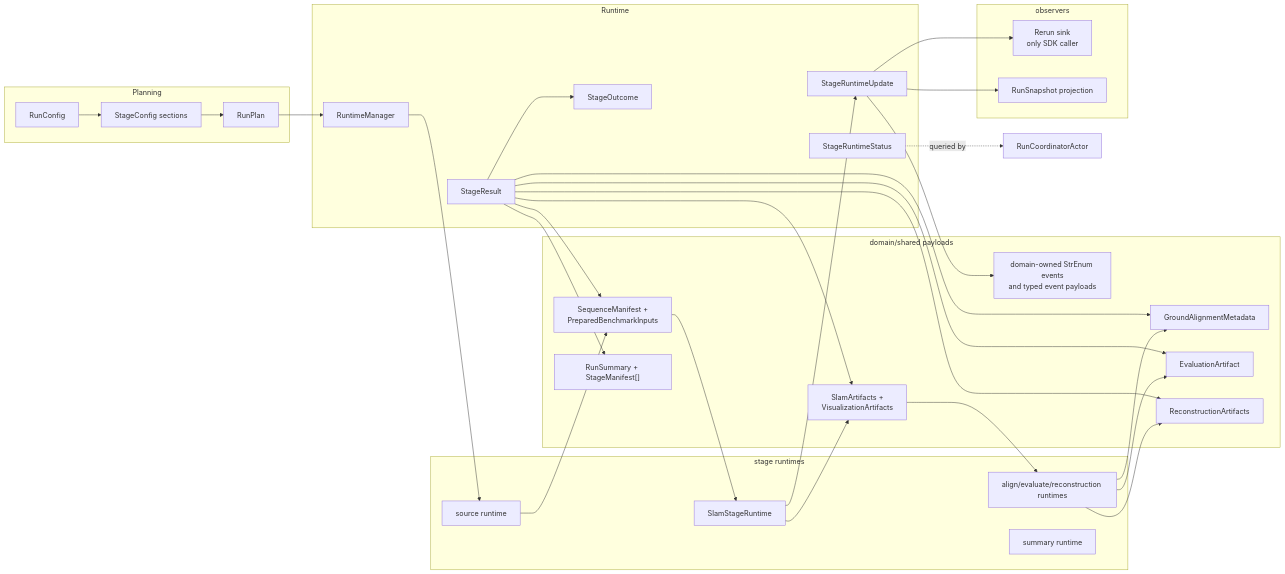
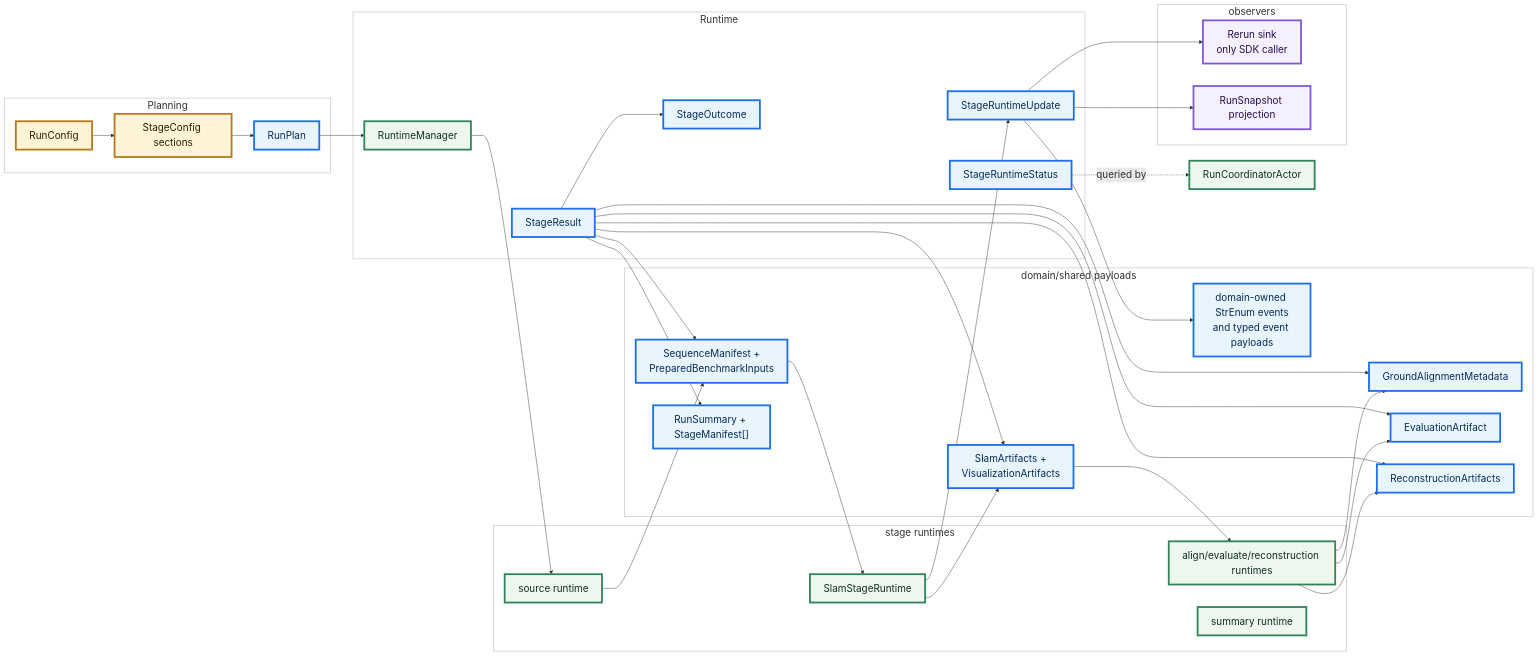
Diagram 11 of 17 in docs/architecture/pipeline-stage-refactor-target.md (JanDuchscherer104/prml-vslam), drawn with Mermaid before and after one commit. The commit also changed other lines of this file and 6 other files, not shown here.

````diff
--- a/docs/architecture/pipeline-stage-refactor-target.md
+++ b/docs/architecture/pipeline-stage-refactor-target.md
@@ -903,58 +960,74 @@
 ```mermaid
+%%{init: {"themeVariables": {"fontSize": "22px", "nodeTextColor": "#111827", "nodeBkg": "#ffffff", "nodeBorder": "#6b7280", "mainBkg": "transparent", "clusterBkg": "transparent", "clusterBorder": "#d1d5db"}, "flowchart": {"htmlLabels": true}}}%%
 flowchart LR
+    classDef config fill:#fff4d6,stroke:#b7791f,stroke-width:4px,color:#2d1b00,filter:none,font-size:22px
+    classDef dto fill:#e8f5ff,stroke:#1f6feb,stroke-width:4px,color:#062c57,filter:none,font-size:22px
+    classDef runtime fill:#edf7ed,stroke:#2f855a,stroke-width:4px,color:#0f2f1f,filter:none,font-size:22px
+    classDef observer fill:#f4f0ff,stroke:#805ad5,stroke-width:4px,color:#24124d,filter:none,font-size:22px
+
     subgraph Planning["Planning"]
         RunConfig["RunConfig"]
         StageConfigs["StageConfig sections"]
         RunPlan["RunPlan"]
     end
 
     subgraph Runtime["Runtime"]
         RuntimeManager["RuntimeManager"]
         Status["StageRuntimeStatus"]
         Result["StageResult"]
         Update["StageRuntimeUpdate"]
         Outcome["StageOutcome"]
     end
 
     subgraph Payloads["domain/shared payloads"]
         SourcePayload["SequenceManifest +<br/>PreparedBenchmarkInputs"]
         SlamPayload["SlamArtifacts +<br/>VisualizationArtifacts"]
         GroundPayload["GroundAlignmentMetadata"]
         EvalPayload["EvaluationArtifact"]
         ReconstructionPayload["ReconstructionArtifacts"]
         SummaryPayload["RunSummary + StageManifest[]"]
         DomainEvents["domain-owned StrEnum events<br/>and typed event payloads"]
     end
 
     subgraph StageRuntimes["stage runtimes"]
         SourceRuntime["source runtime"]
         SlamRuntime["SlamStageRuntime"]
         DerivedRuntime["align/evaluate/reconstruction runtimes"]
         SummaryRuntime["summary runtime"]
     end
 
     subgraph Sinks["observers"]
         RerunSink["Rerun sink<br/>only SDK caller"]
         Snapshot["RunSnapshot projection"]
     end
 
     RunConfig --> StageConfigs --> RunPlan --> RuntimeManager
     RuntimeManager --> SourceRuntime --> SourcePayload
     SourcePayload --> SlamRuntime --> SlamPayload
     SlamPayload --> DerivedRuntime
     DerivedRuntime --> GroundPayload
     DerivedRuntime --> EvalPayload
     DerivedRuntime --> ReconstructionPayload
     Result --> Outcome
     Result --> SourcePayload
     Result --> SlamPayload
     Result --> GroundPayload
     Result --> EvalPayload
     Result --> ReconstructionPayload
     Result --> SummaryPayload
     SlamRuntime --> Update
     Update --> DomainEvents
     Update --> RerunSink
     Update --> Snapshot
     Status -. queried by .-> Coordinator["RunCoordinatorActor"]
+
+    class RunConfig,StageConfigs config
+    class RunPlan,Status,Result,Update,Outcome,SourcePayload,SlamPayload,GroundPayload,EvalPayload,ReconstructionPayload,SummaryPayload,DomainEvents dto
+    class RuntimeManager,SourceRuntime,SlamRuntime,DerivedRuntime,SummaryRuntime,Coordinator runtime
+    class RerunSink,Snapshot observer
+    style Planning fill:transparent,stroke:#d1d5db,stroke-width:2px
+    style Runtime fill:transparent,stroke:#d1d5db,stroke-width:2px
+    style Payloads fill:transparent,stroke:#d1d5db,stroke-width:2px
+    style StageRuntimes fill:transparent,stroke:#d1d5db,stroke-width:2px
+    style Sinks fill:transparent,stroke:#d1d5db,stroke-width:2px
 ```
````
